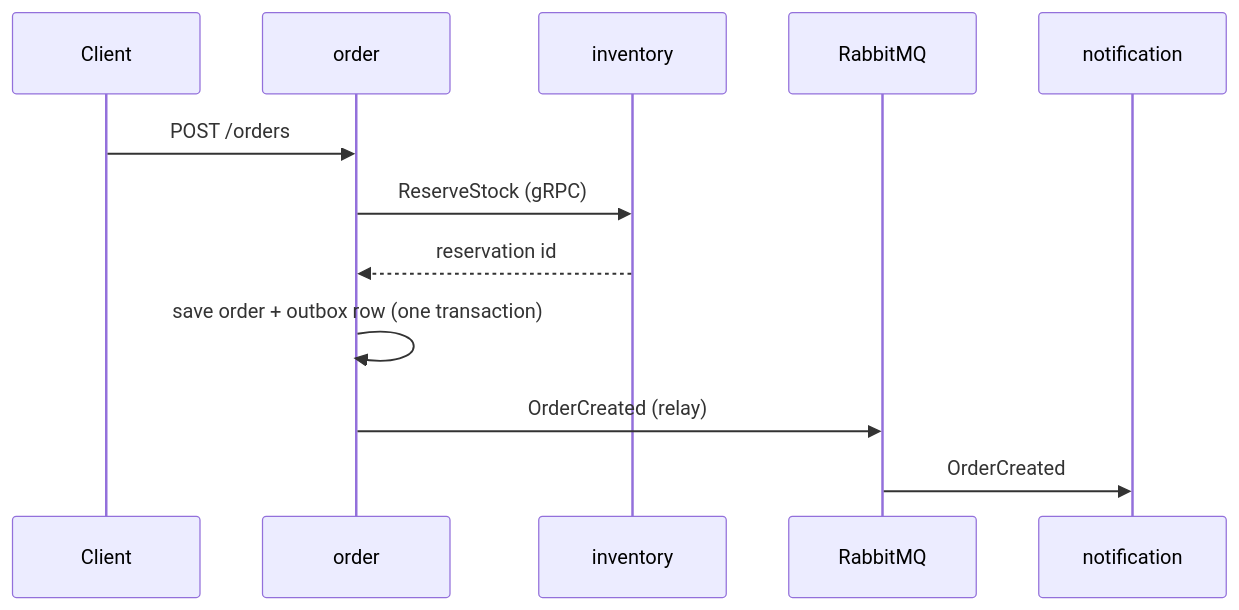
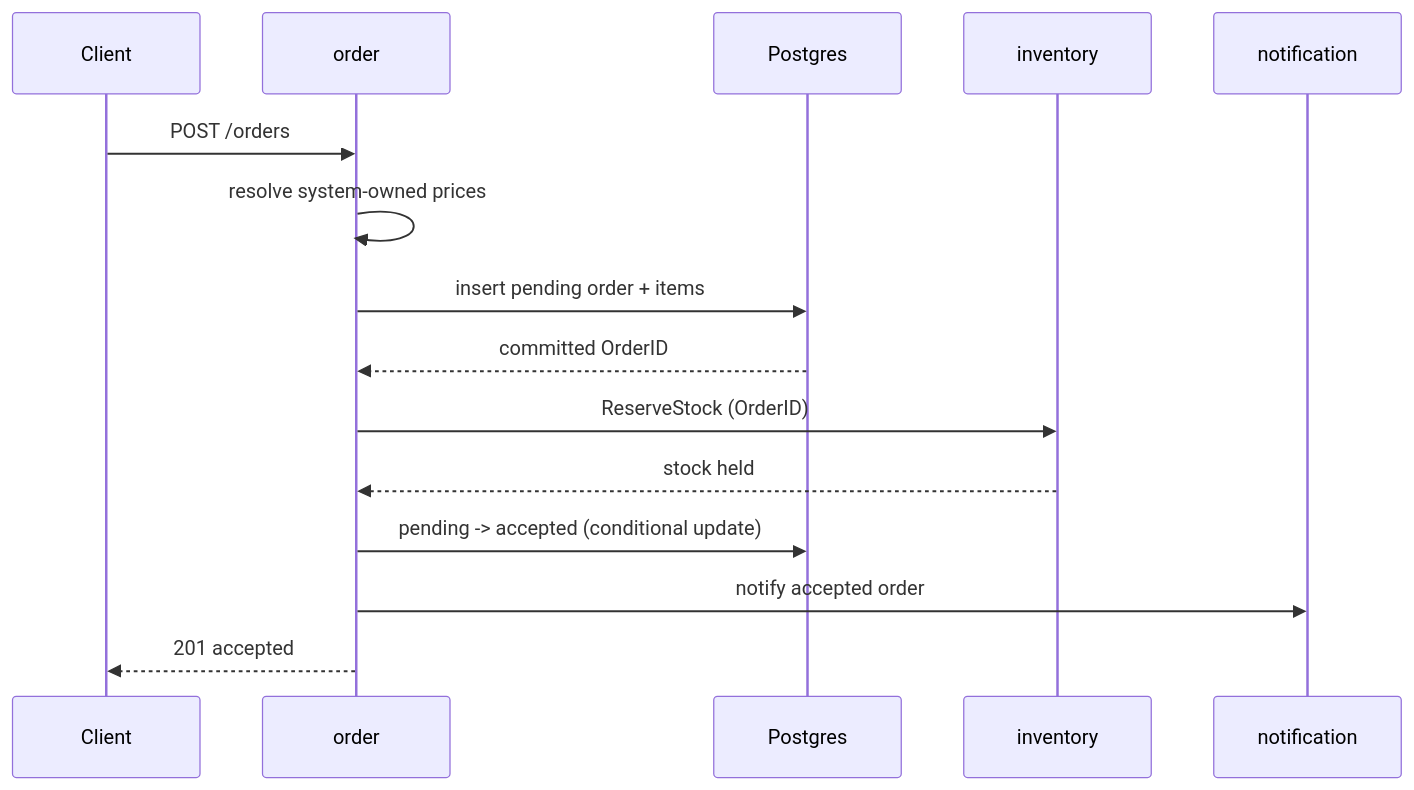
Before and after one commit to mojtaba-gheytasi/go-order-system-showcase: the second of 3 diagrams in ARCHITECTURE.md, drawn with Mermaid. The commit also changed other lines of this file and 1 other file, not shown here.

Commit message:
Docs: Document the gRPC contract, error details, and CI

````diff
--- a/ARCHITECTURE.md
+++ b/ARCHITECTURE.md
@@ -251,9 +292,12 @@
 ```mermaid
 sequenceDiagram
     Client->>order: POST /orders
-    order->>inventory: ReserveStock (gRPC)
-    inventory-->>order: reservation id
-    order->>order: save order + outbox row (one transaction)
-    order->>RabbitMQ: OrderCreated (relay)
-    RabbitMQ->>notification: OrderCreated
+    order->>order: resolve system-owned prices
+    order->>Postgres: insert pending order + items
+    Postgres-->>order: committed OrderID
+    order->>inventory: ReserveStock (OrderID)
+    inventory-->>order: stock held
+    order->>Postgres: pending -> accepted (conditional update)
+    order->>notification: notify accepted order
+    order-->>Client: 201 accepted
 ```
````
